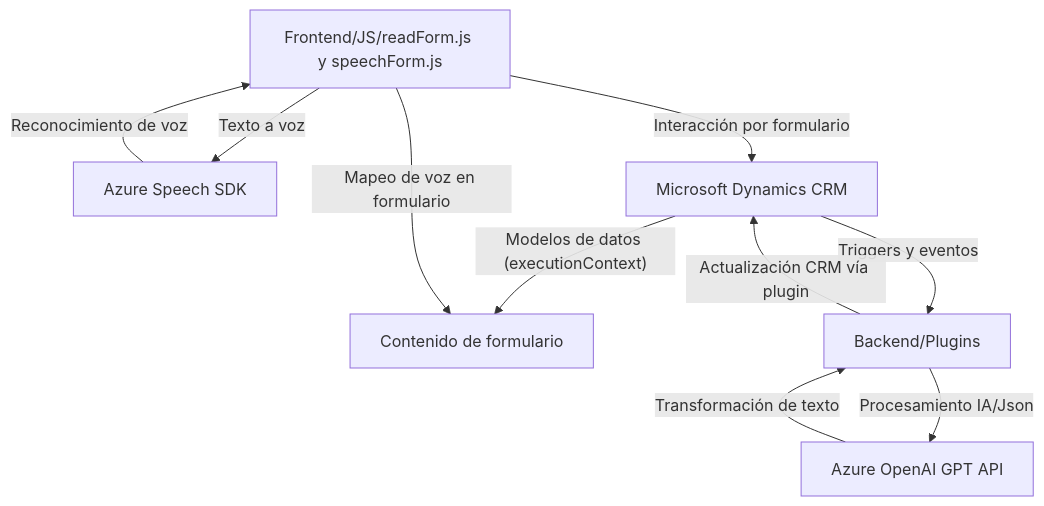
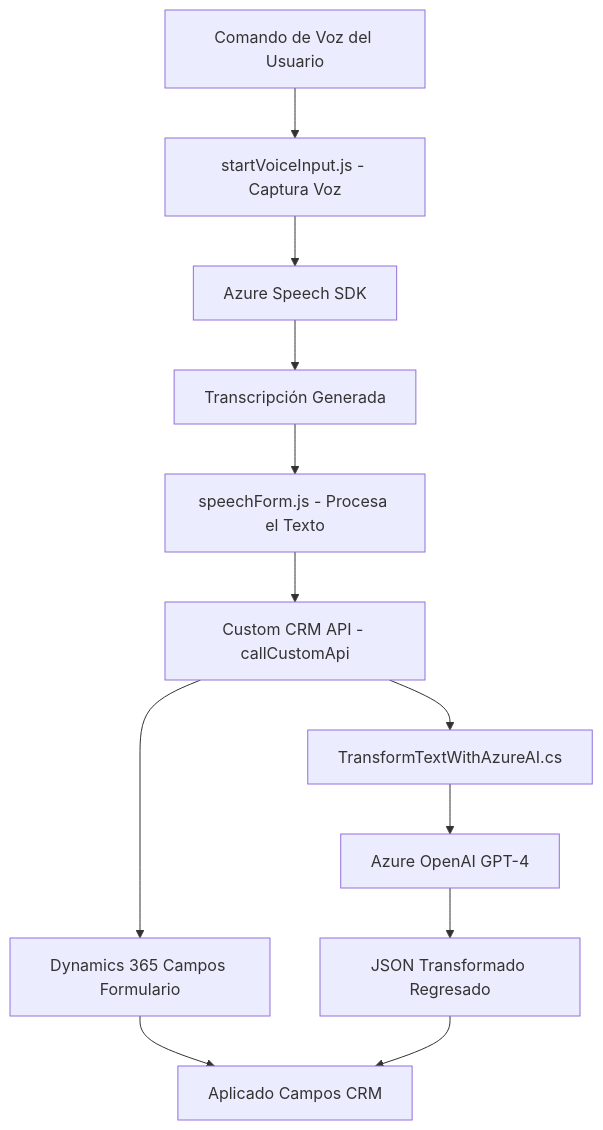
One commit to blopezdm/NETCORE_BILBAO2025 changed the diagram in README.md. Above: the diagram before and after it, drawn with Mermaid. The commit also changed other lines of this file, not shown here.

````diff
--- a/README.md
+++ b/README.md
@@ -36,19 +60,17 @@
 ```mermaid
 graph TD
-A["Frontend/JS/readForm.js y speechForm.js"]
-B["Azure Speech SDK"]
-C["Microsoft Dynamics CRM"]
-D["Contenido de formulario"]
-E["Backend/Plugins"]
-F["Azure OpenAI GPT API"]
+    A["Comando de Voz del Usuario"]
+    B["startVoiceInput.js - Captura Voz"]
+    C["Azure Speech SDK"]
+    D["Transcripción Generada"]
+    E["speechForm.js - Procesa el Texto"]
+    F["Custom CRM API - callCustomApi"]
+    G["Dynamics 365 Campos Formulario"]
+    H["TransformTextWithAzureAI.cs"]
+    I["Azure OpenAI GPT-4"]
+    J["JSON Transformado Regresado"]
+    K["Aplicado Campos CRM"]
 
-A -- "Interacción por formulario" --> C
-C -- "Modelos de datos (executionContext)" --> D
-A -- "Texto a voz" --> B
-B -- "Reconocimiento de voz" --> A
-A -- "Mapeo de voz en formulario" --> D
-C -- "Triggers y eventos" --> E
-E -- "Procesamiento IA/Json" --> F
-F -- "Transformación de texto" --> E
-E -- "Actualización CRM vía plugin" --> C
+    A --> B --> C --> D --> E --> F --> G --> K
+    F --> H --> I --> J --> K
 ```
````
